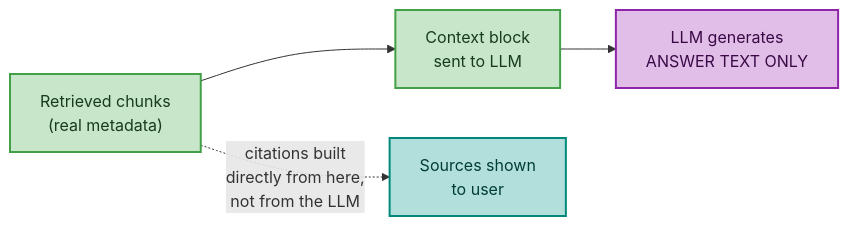
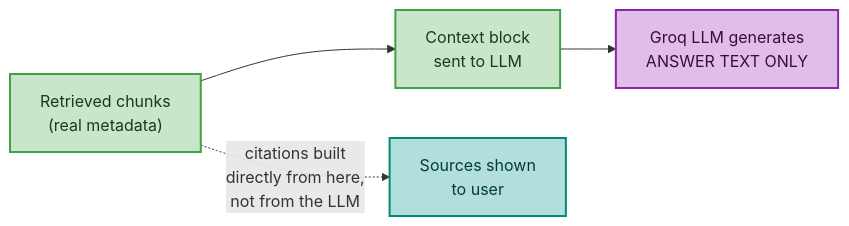
Before and after one commit to jawadbhutto/RAG-QA-System: the fourth of 7 diagrams in docs/architecture.md, drawn with Mermaid. The commit also changed other lines of this file, not shown here.

````diff
--- a/docs/architecture.md
+++ b/docs/architecture.md
@@ -128,10 +139,10 @@
 ```mermaid
 flowchart LR
     A["Retrieved chunks\n(real metadata)"]:::real --> B["Context block\nsent to LLM"]:::real
-    B --> C["LLM generates\nANSWER TEXT ONLY"]:::model
+    B --> C["Groq LLM generates\nANSWER TEXT ONLY"]:::model
     A -.->|"citations built\ndirectly from here,\nnot from the LLM"| D["Sources shown\nto user"]:::output
 
     classDef real fill:#C8E6C9,stroke:#43A047,stroke-width:2px,color:#173C1D
     classDef model fill:#E1BEE7,stroke:#8E24AA,stroke-width:2px,color:#3A0A47
     classDef output fill:#B2DFDB,stroke:#00897B,stroke-width:2px,color:#003D33
 ```
````
